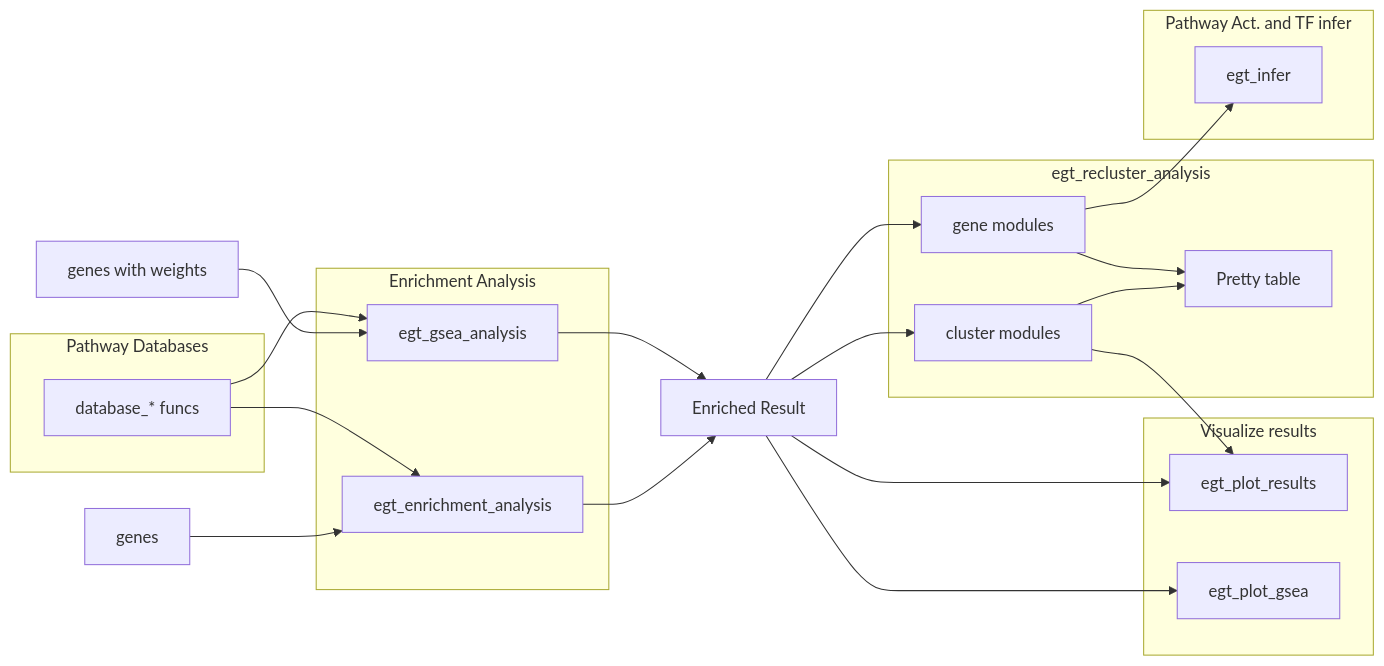
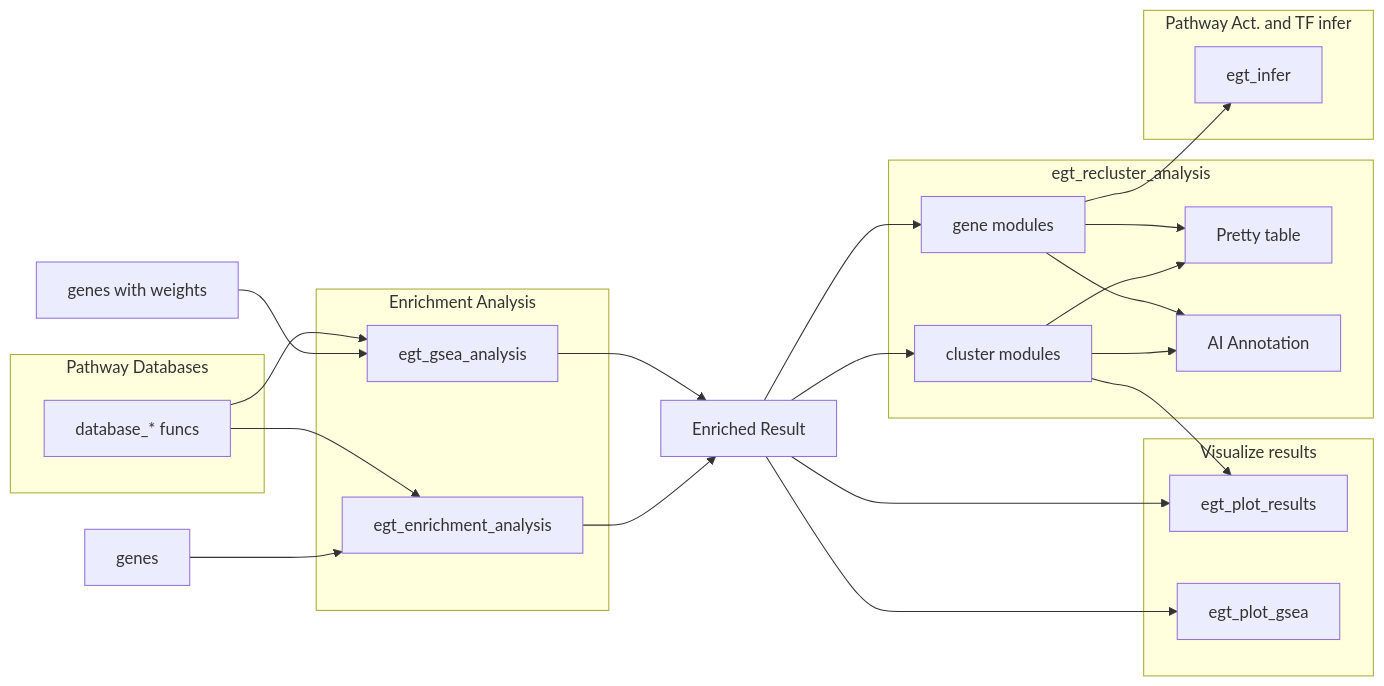
Before and after one commit to ZhimingYe/EnrichGT_website: the diagram in index.qmd, drawn with Mermaid. The commit also changed other lines of this file and 47 other files, not shown here.

````diff
--- a/index.qmd
+++ b/index.qmd
@@ -97,57 +100,61 @@
 ```{mermaid}
 
 graph LR
     
     M[genes]
     N[genes with weights]
     
     subgraph Enrichment Analysis
         A[egt_enrichment_analysis]
         B[egt_gsea_analysis]
     end
 
     subgraph Pathway Databases
         D[database_* funcs]
     end
 
     subgraph Visualize results
         P1[egt_plot_results]
         P2[egt_plot_gsea]
     end
 
     subgraph egt_recluster_analysis
         K1[Pretty table]
+        K2[AI Annotation]
         CC[cluster modules]
         MG[gene modules]
     end
 
     subgraph Pathway Act. and TF infer 
         
         I[egt_infer]
     end
     
     M --> A
     N --> B
     
     D --> A
     D --> B
     
     A --> C[Enriched Result]
     B --> C
 
     C --> CC
     C --> MG
 
     C --> P1
 
     CC --> K1
     MG --> K1
 
+    CC --> K2
+    MG --> K2
+
     CC --> P1
     C --> P2
 
     MG --> I
 
 
 
 ```
````
